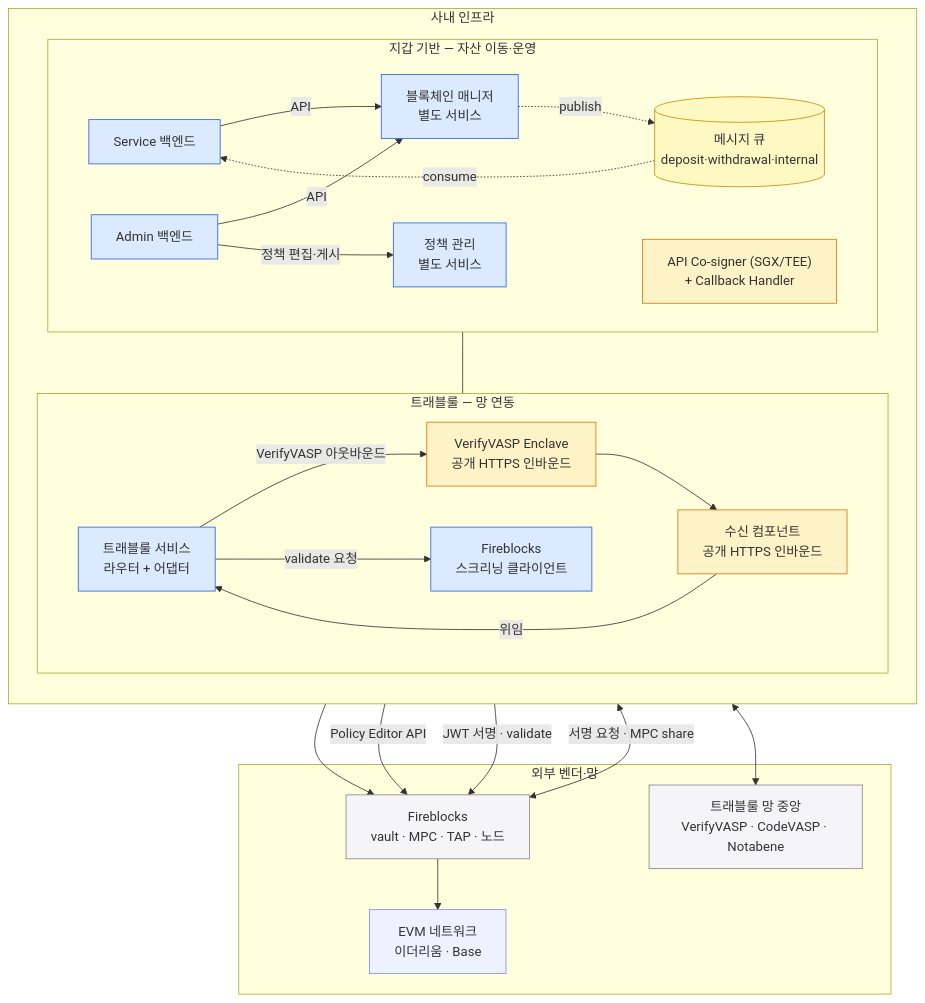
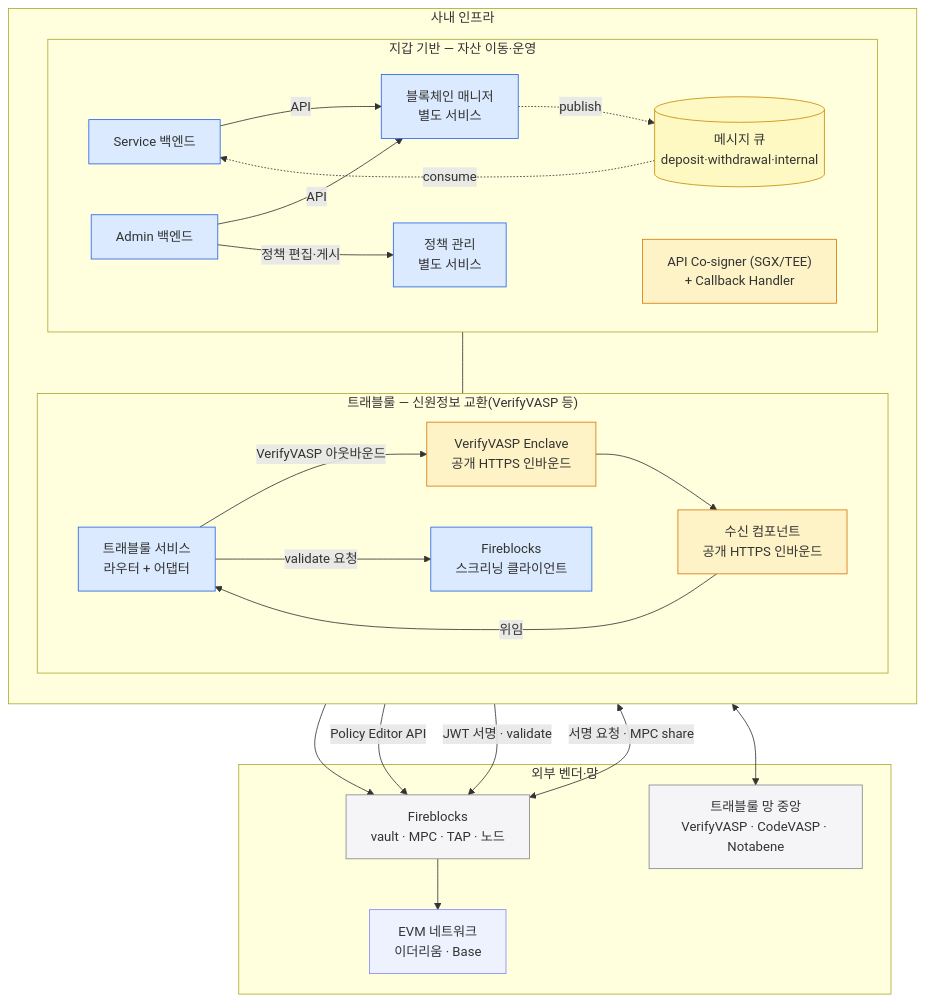
Before and after one commit to eunsujeo/eunpus: the diagram in blockchain-manager/docs/인프라/설계/00-overview.md, drawn with Mermaid. The commit also changed other lines of this file, not shown here.

Commit message:
인프라 배치 — "망 연동"을 "신원정보 교환(VerifyVASP 등)"으로 풀어쓰기

````diff
--- a/blockchain-manager/docs/인프라/설계/00-overview.md
+++ b/blockchain-manager/docs/인프라/설계/00-overview.md
@@ -11,56 +11,56 @@
 ```mermaid
 flowchart TB
   subgraph OURS["사내 인프라"]
     direction TB
     subgraph WAL["지갑 기반 — 자산 이동·운영"]
       direction LR
       SVC["Service 백엔드"]
       ADM["Admin 백엔드"]
       BM["블록체인 매니저<br/>별도 서비스"]
       MQ[("메시지 큐<br/>deposit·withdrawal·internal")]
       PADM["정책 관리<br/>별도 서비스"]
       COS["API Co-signer (SGX/TEE)<br/>+ Callback Handler"]
     end
-    subgraph TRZ["트래블룰 — 망 연동"]
+    subgraph TRZ["트래블룰 — 신원정보 교환(VerifyVASP 등)"]
       direction LR
       GATE["트래블룰 서비스<br/>라우터 + 어댑터"]
       RX["수신 컴포넌트<br/>공개 HTTPS 인바운드"]
       EN["VerifyVASP Enclave<br/>공개 HTTPS 인바운드"]
       FBCLI["Fireblocks<br/>스크리닝 클라이언트"]
     end
   end
 
   subgraph EXTZ["외부 벤더·망"]
     FB["Fireblocks<br/>vault · MPC · TAP · 노드"]
     EVM["EVM 네트워크<br/>이더리움 · Base"]
     TRNET["트래블룰 망 중앙<br/>VerifyVASP · CodeVASP · Notabene"]
   end
 
   SVC -->|API| BM
   ADM -->|API| BM
   BM -.->|publish| MQ
   MQ -.->|consume| SVC
   ADM -->|정책 편집·게시| PADM
   SVC --- GATE
   GATE -->|VerifyVASP 아웃바운드| EN
   GATE -->|validate 요청| FBCLI
   EN --> RX
   RX -->|위임| GATE
   BM --> FB
   PADM -->|Policy Editor API| FB
   FBCLI -->|JWT 서명 · validate| FB
   COS <-->|서명 요청 · MPC share| FB
   FB --> EVM
   EN <--> TRNET
 
   classDef ours fill:#dbeafe,stroke:#2563eb;
   classDef selfhost fill:#fef3c7,stroke:#d97706;
   classDef mq fill:#fef9c3,stroke:#ca8a04;
   classDef vendor fill:#f5f5f7,stroke:#86868b;
   classDef chain fill:#eef2ff,stroke:#818cf8;
   class SVC,ADM,BM,GATE,FBCLI,PADM ours
   class COS,RX,EN selfhost
   class MQ mq
   class FB,TRNET vendor
   class EVM chain
 ```
````
